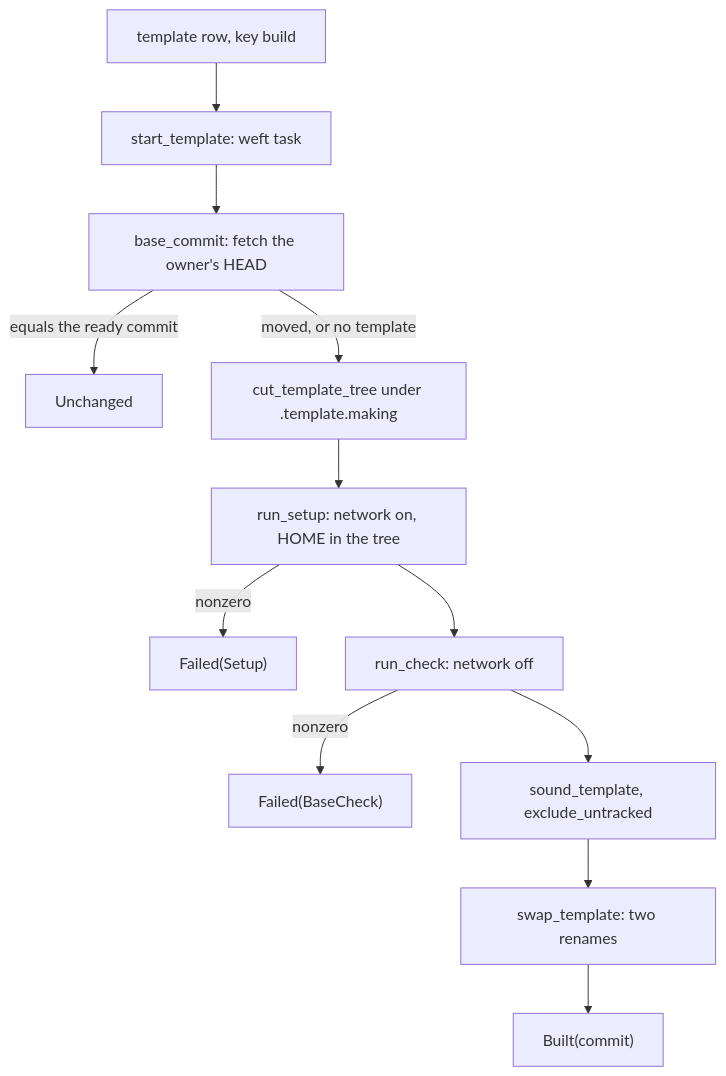
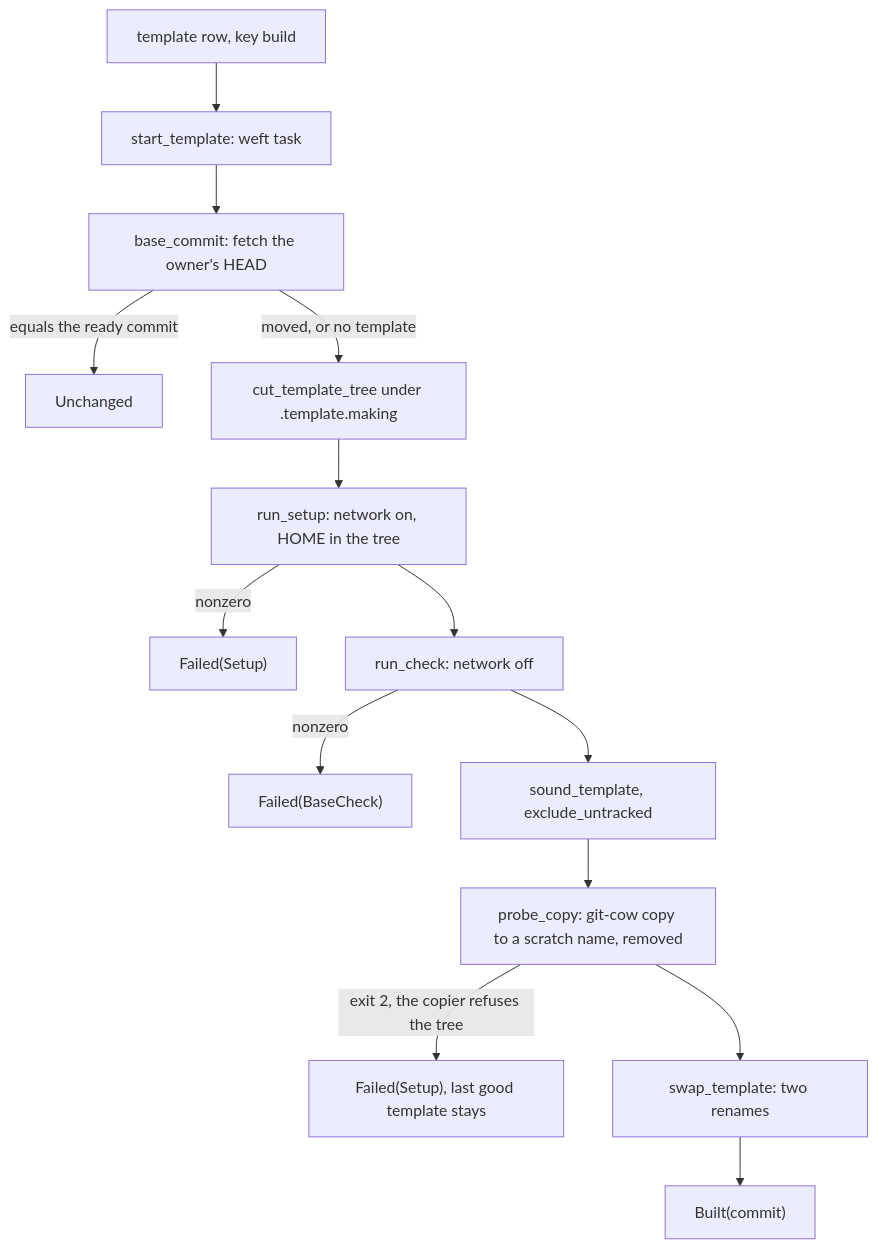
Before and after one commit to Roasbeef/loom: diagram 13 of 15 in docs/architecture/project-mode.md, drawn with Mermaid. The commit also changed other lines of this file and 16 other files, not shown here.

First line of the commit message:
docs: describe per-project settings and the shipped git-cow

````diff
--- a/docs/architecture/project-mode.md
+++ b/docs/architecture/project-mode.md
@@ -417,14 +418,16 @@
 ```mermaid
 flowchart TD
     Row["template row, key build"] --> Start["start_template: weft task"]
     Start --> Base["base_commit: fetch the owner's HEAD"]
     Base -- "equals the ready commit" --> Same["Unchanged"]
     Base -- "moved, or no template" --> Cut["cut_template_tree under .template.making"]
     Cut --> Setup["run_setup: network on, HOME in the tree"]
     Setup -- "nonzero" --> Fail["Failed(Setup)"]
     Setup --> Check["run_check: network off"]
     Check -- "nonzero" --> Red["Failed(BaseCheck)"]
     Check --> Seal["sound_template, exclude_untracked"]
-    Seal --> Swap["swap_template: two renames"]
+    Seal --> Probe["probe_copy: git-cow copy to a scratch name, removed"]
+    Probe -- "exit 2, the copier refuses the tree" --> Refused["Failed(Setup), last good template stays"]
+    Probe --> Swap["swap_template: two renames"]
     Swap --> Built["Built(commit)"]
 ```
````
